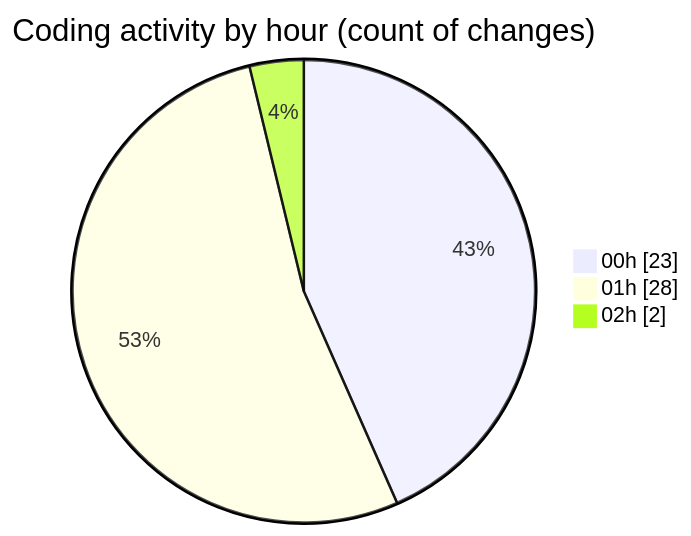
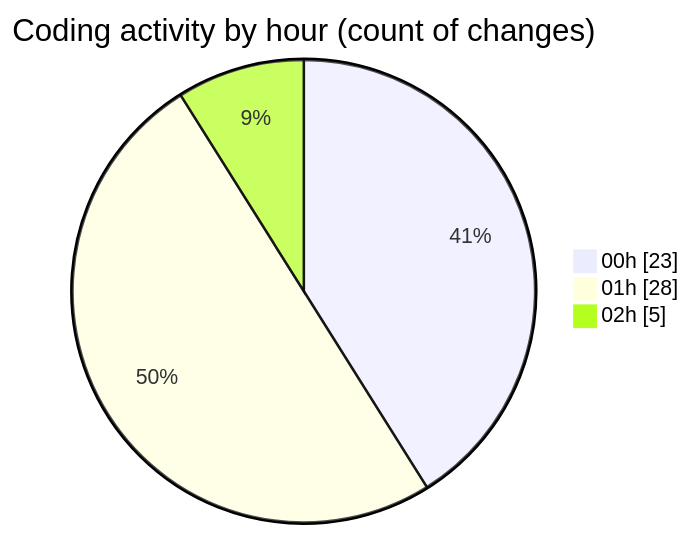
The second of 2 diagrams in 2025-10-20/weather_insights_app/README.md (donsfak/code-tracking), drawn with Mermaid before and after one commit. The commit also changed other lines of this file and 1 other file, not shown here.

````diff
--- a/2025-10-20/weather_insights_app/README.md
+++ b/2025-10-20/weather_insights_app/README.md
@@ -41,7 +41,7 @@
 ```mermaid
 pie showData
 title Coding activity by hour (count of changes)
 "00h" : 23
 "01h" : 28
-"02h" : 2
+"02h" : 5
 ```
````
